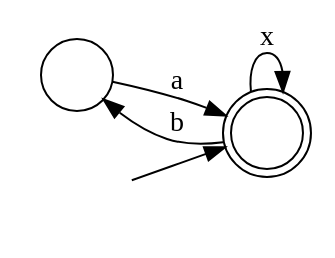
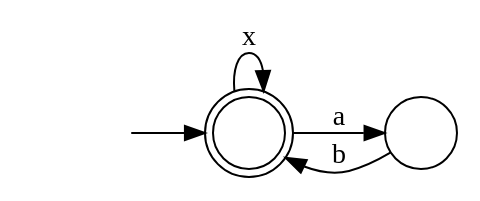
One commit to cdc08x/MINERful changed the diagram in re-ltlf-fsa/automata/ChainSuccession_a__b_.dot. Above: the diagram before and after it, drawn with Graphviz. The commit also changed 29 other files, not shown here.

```diff
--- a/re-ltlf-fsa/automata/ChainSuccession_a__b_.dot
+++ b/re-ltlf-fsa/automata/ChainSuccession_a__b_.dot
@@ -1,10 +1,10 @@
 digraph Automaton {
   rankdir = LR;
-  0 [shape=circle,label=""];
+  0 [shape=doublecircle,label=""];
+  initial [shape=plaintext,label=""];
+  initial -> 0
   0 -> 1 [label="a"]
-  1 [shape=doublecircle,label=""];
-  initial [shape=plaintext,label=""];
-  initial -> 1
-  1 -> 1 [label="x"]
+  0 -> 0 [label="x"]
+  1 [shape=circle,label=""];
   1 -> 0 [label="b"]
 }
```
